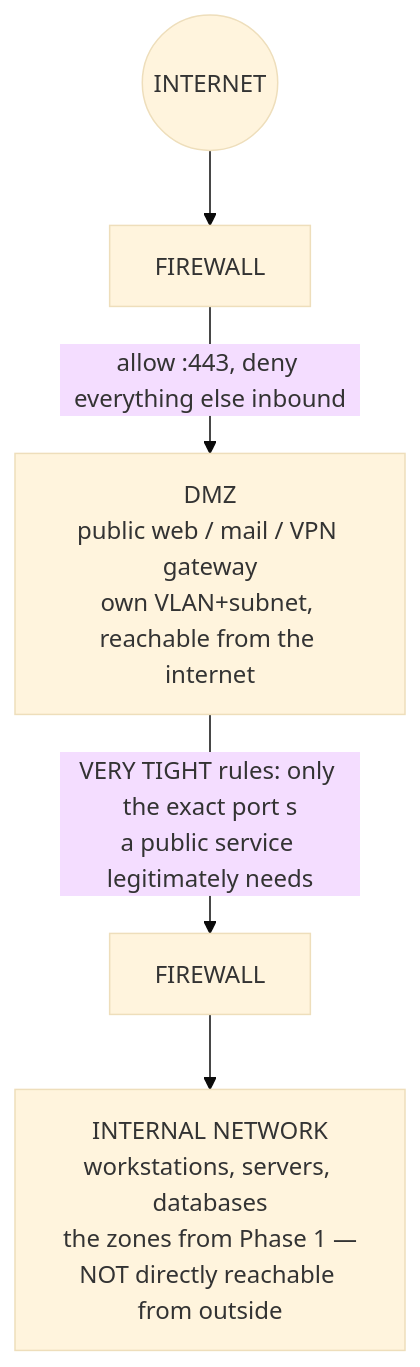
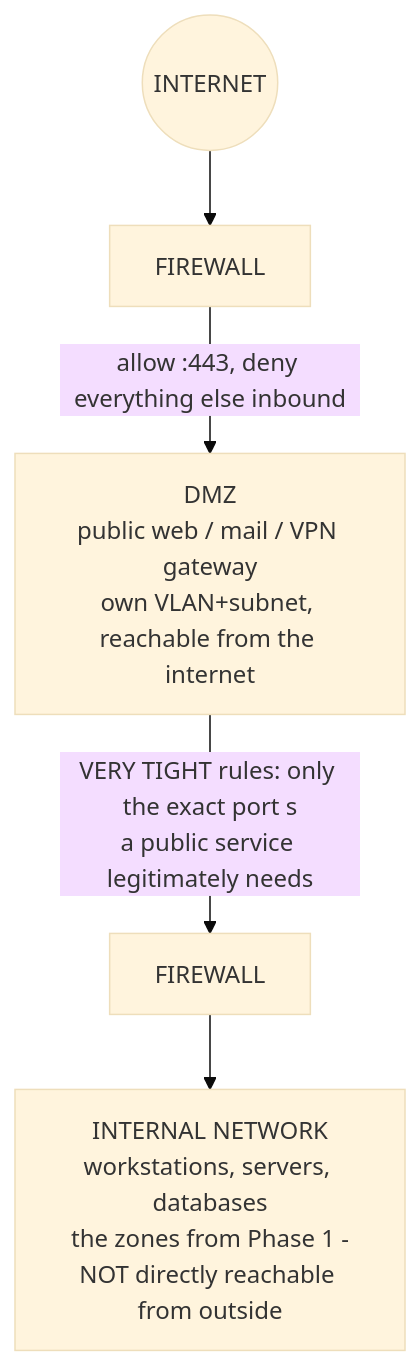
One commit to Topurrra/themissingmanual changed the second of 2 diagrams in guides/networking/designing-an-enterprise-network/03-security-and-the-edge.md. Above: the diagram before and after it, drawn with Mermaid (base theme). The commit also changed other lines of this file and 1072 other files, not shown here.

````diff
--- a/guides/networking/designing-an-enterprise-network/03-security-and-the-edge.md
+++ b/guides/networking/designing-an-enterprise-network/03-security-and-the-edge.md
@@ -63,7 +63,7 @@
 ```mermaid
 flowchart TD
   net((INTERNET)) --> fw1[FIREWALL]
   fw1 -->|allow :443, deny everything else inbound| dmz[DMZ<br/>public web / mail / VPN gateway<br/>own VLAN+subnet, reachable from the internet]
   dmz -->|VERY TIGHT rules: only the exact port s<br/>a public service legitimately needs| fw2[FIREWALL]
-  fw2 --> internal[INTERNAL NETWORK<br/>workstations, servers, databases<br/>the zones from Phase 1 —<br/>NOT directly reachable from outside]
+  fw2 --> internal[INTERNAL NETWORK<br/>workstations, servers, databases<br/>the zones from Phase 1 -<br/>NOT directly reachable from outside]
 ```
````
